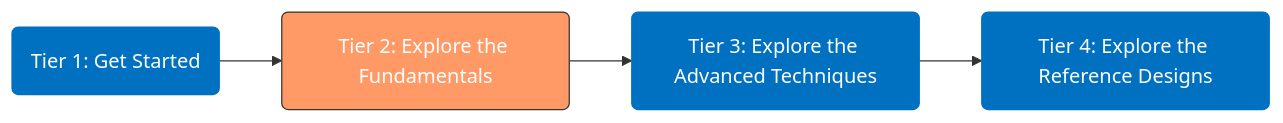
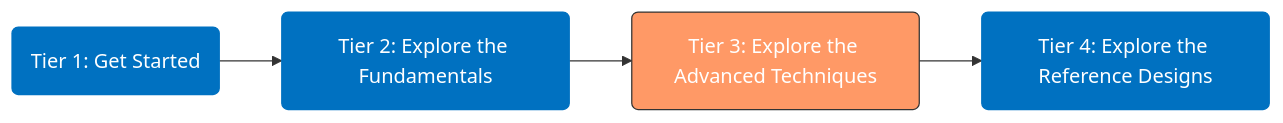
Before and after one commit to oneapi-src/oneAPI-samples: the diagram in DirectProgramming/C++SYCL_FPGA/Tutorials/Features/max_reinvocation_delay/README.md, drawn with Mermaid. The commit also changed other lines of this file, not shown here.

Commit message:
Address remaining comments from Paul

````diff
--- a/DirectProgramming/C++SYCL_FPGA/Tutorials/Features/max_reinvocation_delay/README.md
+++ b/DirectProgramming/C++SYCL_FPGA/Tutorials/Features/max_reinvocation_delay/README.md
@@ -37,14 +37,14 @@
 ```mermaid
 flowchart LR
    tier1("Tier 1: Get Started")
    tier2("Tier 2: Explore the Fundamentals")
    tier3("Tier 3: Explore the Advanced Techniques")
    tier4("Tier 4: Explore the Reference Designs")
 
    tier1 --> tier2 --> tier3 --> tier4
 
    style tier1 fill:#0071c1,stroke:#0071c1,stroke-width:1px,color:#fff
-   style tier2 fill:#f96,stroke:#333,stroke-width:1px,color:#fff
-   style tier3 fill:#0071c1,stroke:#0071c1,stroke-width:1px,color:#fff
+   style tier2 fill:#0071c1,stroke:#0071c1,stroke-width:1px,color:#fff
+   style tier3 fill:#f96,stroke:#333,stroke-width:1px,color:#fff
    style tier4 fill:#0071c1,stroke:#0071c1,stroke-width:1px,color:#fff
 ```
````
